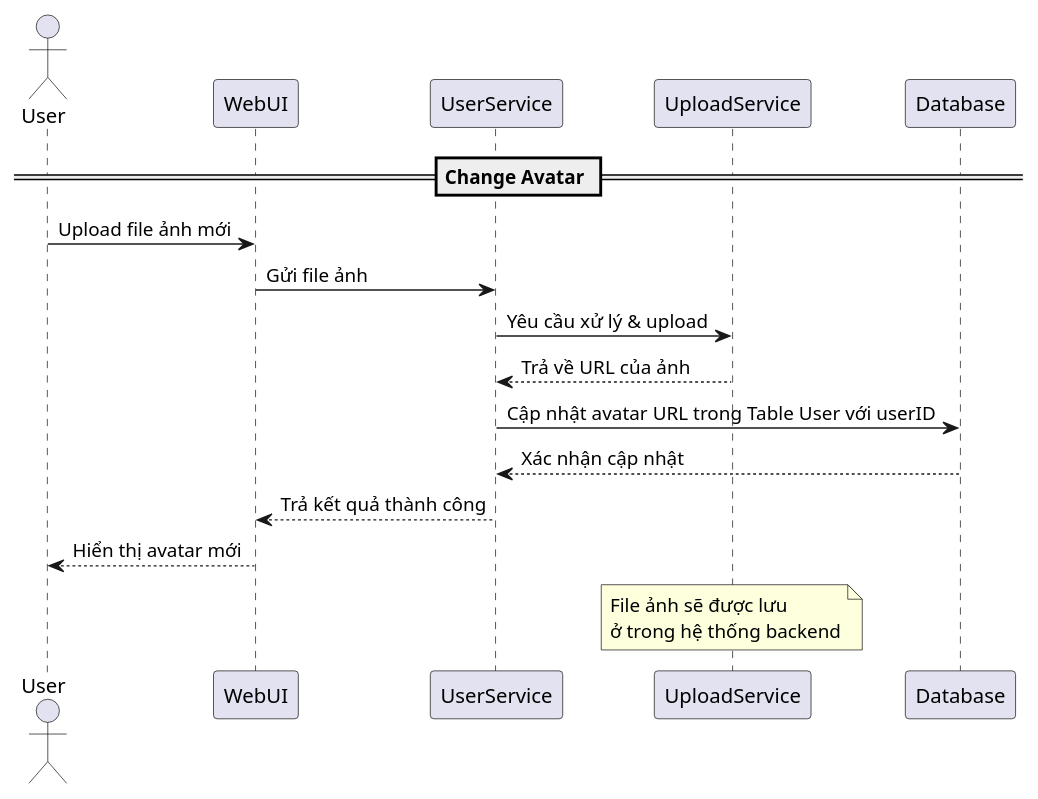
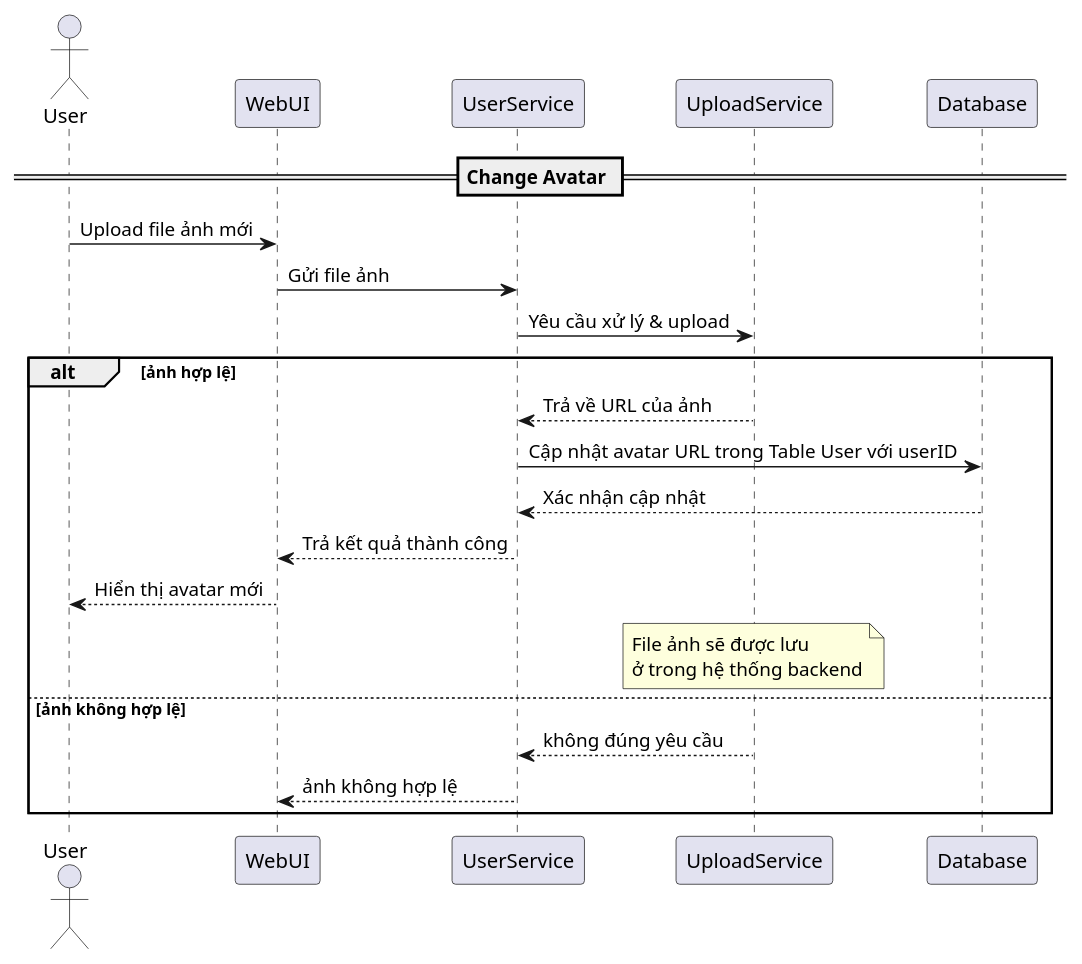
One commit to twicelike/project-newjeans changed the diagram in diagram/ChangeAvatar_Sequence.md. Above: the diagram before and after it, drawn with PlantUML. The commit also changed 2 other files, not shown here.

Commit message:
validate/invalidate

````diff
--- a/diagram/ChangeAvatar_Sequence.md
+++ b/diagram/ChangeAvatar_Sequence.md
@@ -1,23 +1,28 @@
 ```uml
 @startuml
 actor User
 participant WebUI
 participant UserService
 participant UploadService
 participant Database
 
 == Change Avatar ==
 User -> WebUI            : Upload file ảnh mới
 WebUI -> UserService     : Gửi file ảnh
 UserService -> UploadService : Yêu cầu xử lý & upload
+alt ảnh hợp lệ
 UploadService --> UserService : Trả về URL của ảnh
 UserService -> Database  : Cập nhật avatar URL trong Table User với userID
 Database --> UserService : Xác nhận cập nhật
 UserService --> WebUI    : Trả kết quả thành công
 WebUI --> User           : Hiển thị avatar mới
 note over of UploadService
    File ảnh sẽ được lưu 
    ở trong hệ thống backend
 end note
+else ảnh không hợp lệ
+UploadService --> UserService: không đúng yêu cầu
+UserService --> WebUI:ảnh không hợp lệ
+end
 @enduml
 ```
````
